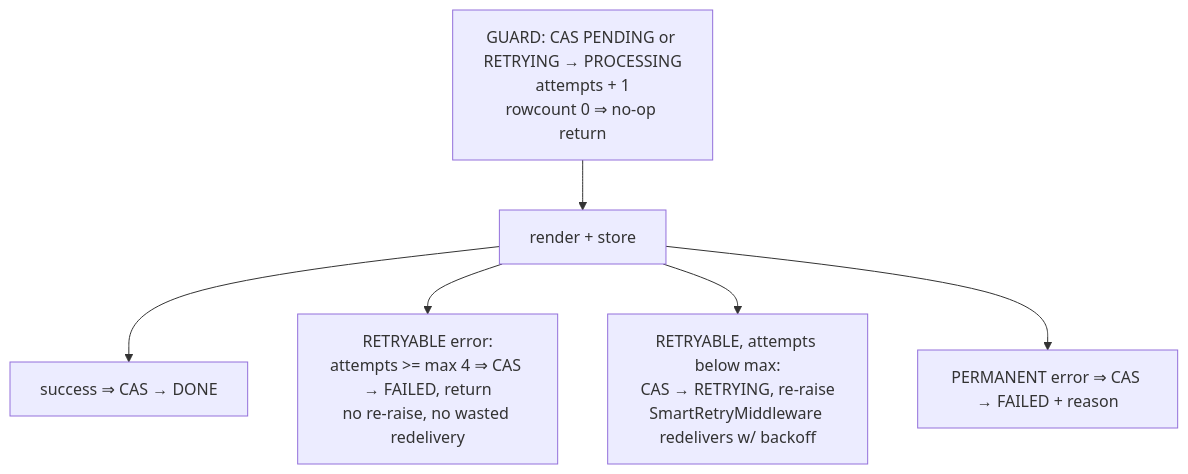
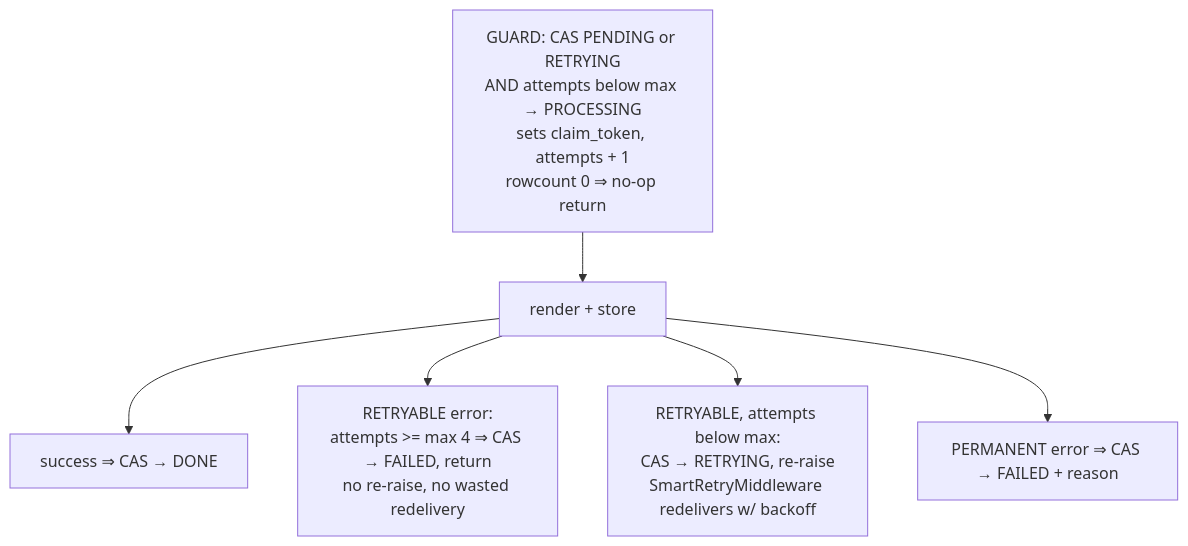
Diagram 12 of 13 in docs/superpowers/specs/2026-10-11-bulk-certificate-generator-design.md (shah-dhwanil/aereo-assignment), drawn with Mermaid before and after one commit. The commit also changed other lines of this file, not shown here.

````diff
--- a/docs/superpowers/specs/2026-10-11-bulk-certificate-generator-design.md
+++ b/docs/superpowers/specs/2026-10-11-bulk-certificate-generator-design.md
@@ -549,14 +596,14 @@
 ```mermaid
 flowchart TD
-    G["GUARD: CAS PENDING or RETRYING → PROCESSING<br/>attempts + 1<br/>rowcount 0 ⇒ no-op return"]
+    G["GUARD: CAS PENDING or RETRYING<br/>AND attempts below max → PROCESSING<br/>sets claim_token, attempts + 1<br/>rowcount 0 ⇒ no-op return"]
     R["render + store"]
     S["success ⇒ CAS → DONE"]
     T["RETRYABLE error:<br/>attempts >= max 4 ⇒ CAS → FAILED, return<br/>no re-raise, no wasted redelivery"]
     U["RETRYABLE, attempts below max:<br/>CAS → RETRYING, re-raise<br/>SmartRetryMiddleware redelivers w/ backoff"]
     V["PERMANENT error ⇒ CAS → FAILED + reason"]
 
     G --> R --> S
     R --> T
     R --> U
     R --> V
 ```
````
